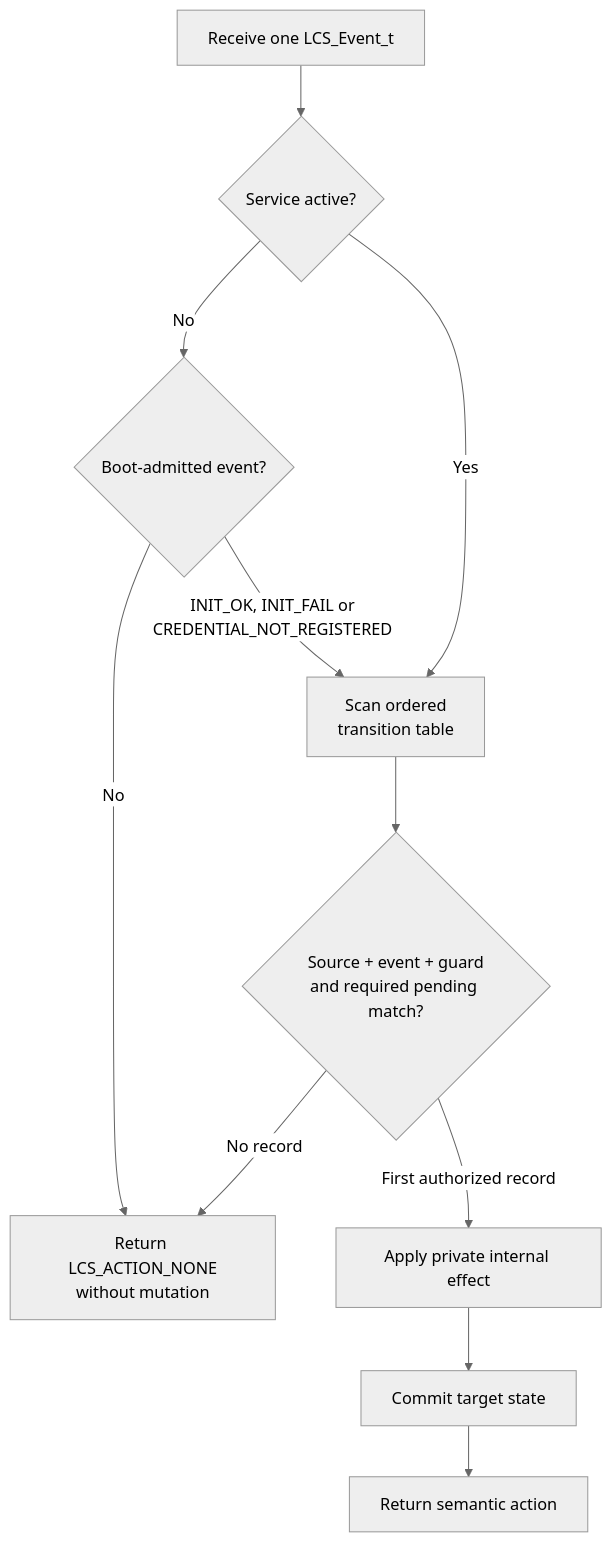
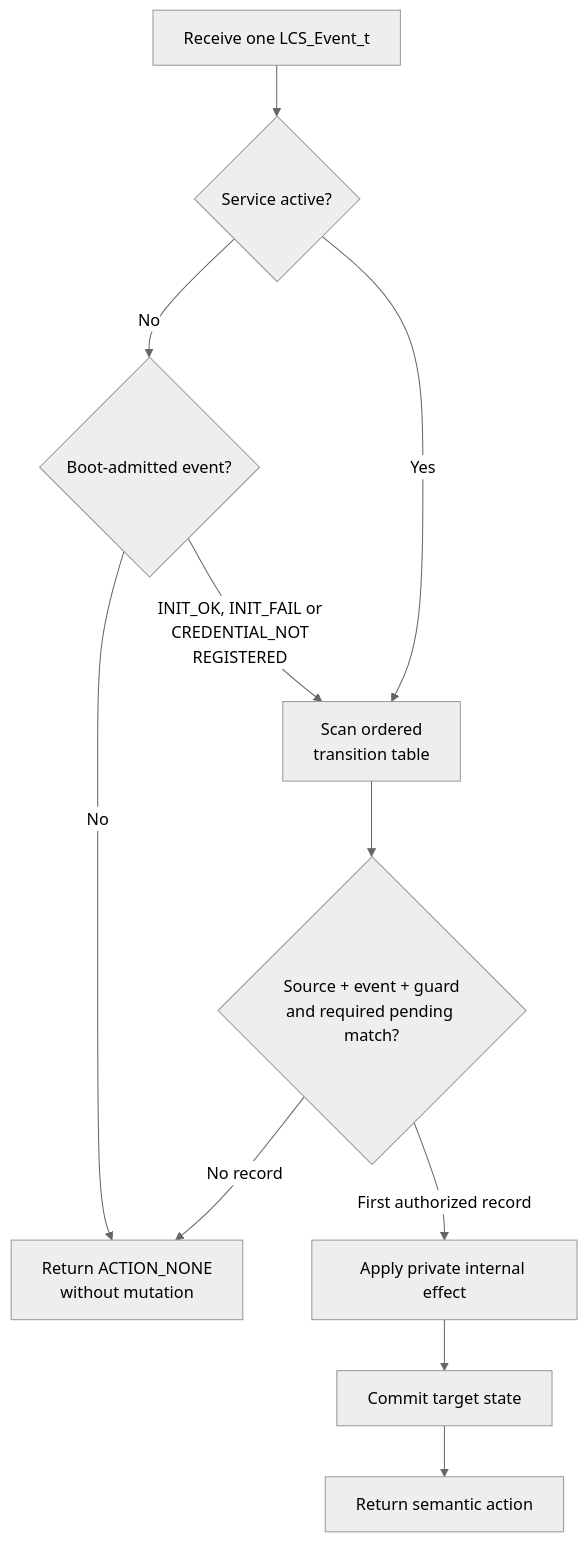
The fourth of 7 diagrams in Libs/Services/Lock_Control/README.md (JP-REY/STM32F103C8T6-Based-Electronic-Lock), drawn with Mermaid (neutral theme) before and after one commit. The commit also changed other lines of this file and 2 other files, not shown here.

First line of the commit message:
feature(lock-control): add door-aware relock flow

````diff
--- a/Libs/Services/Lock_Control/README.md
+++ b/Libs/Services/Lock_Control/README.md
@@ -736,13 +794,13 @@
 ```mermaid
 flowchart TD
     EVENT["Receive one LCS_Event_t"] --> ACTIVE{"Service active?"}
     ACTIVE -->|"No"| BOOT_EVENT{"Boot-admitted event?"}
-    BOOT_EVENT -->|"No"| NONE["Return LCS_ACTION_NONE<br/>without mutation"]
-    BOOT_EVENT -->|"INIT_OK, INIT_FAIL or<br/>CREDENTIAL_NOT_REGISTERED"| FIND["Scan ordered<br/>transition table"]
+    BOOT_EVENT -->|"No"| NONE["Return ACTION_NONE<br/>without mutation"]
+    BOOT_EVENT -->|"INIT_OK, INIT_FAIL or<br/>CREDENTIAL_NOT<br/>REGISTERED"| FIND["Scan ordered<br/>transition table"]
     ACTIVE -->|"Yes"| FIND
     FIND --> MATCH{"Source + event + guard<br/>and required pending match?"}
     MATCH -->|"No record"| NONE
     MATCH -->|"First authorized record"| EFFECT["Apply private internal effect"]
     EFFECT --> COMMIT["Commit target state"]
     COMMIT --> ACTION["Return semantic action"]
 ```
````
